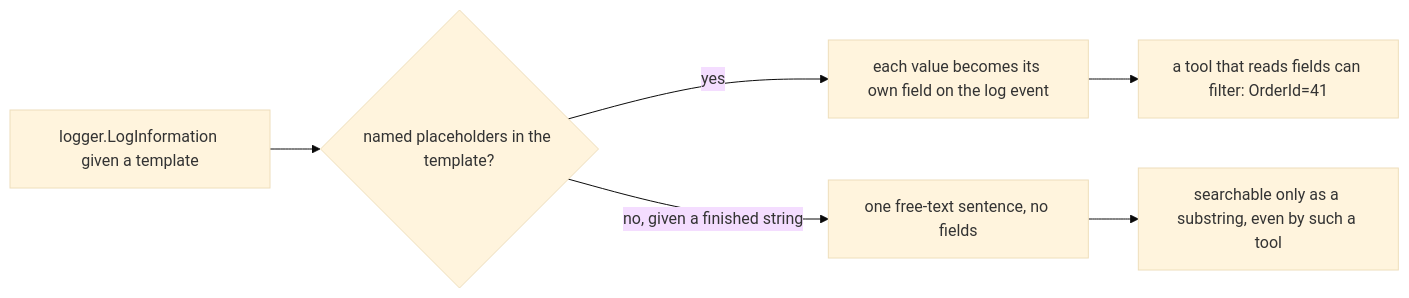
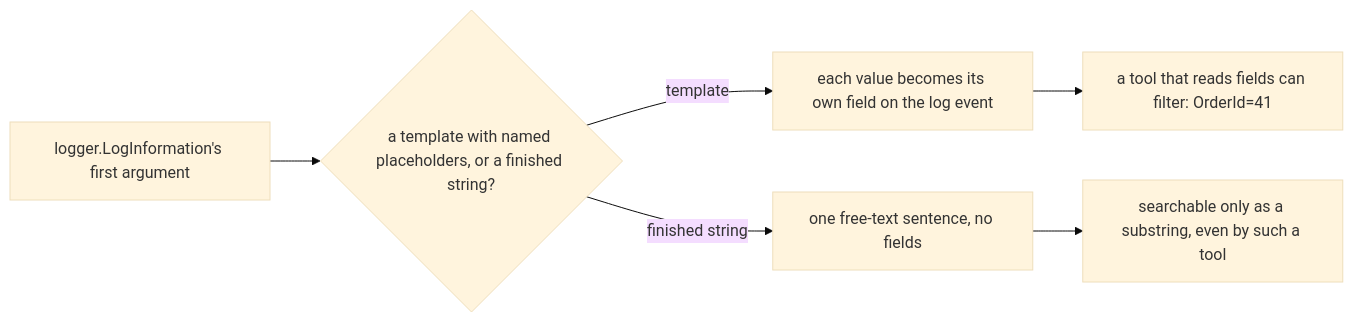
Before and after one commit to duyan11110/lo-trinh-architect: the diagram in content/tracks/backend/validation-errors-logging/backend.l1.structured-logging.en.md, drawn with Mermaid (base theme). The commit also changed other lines of this file and 4 other files, not shown here.

````diff
--- a/content/tracks/backend/validation-errors-logging/backend.l1.structured-logging.en.md
+++ b/content/tracks/backend/validation-errors-logging/backend.l1.structured-logging.en.md
@@ -41,8 +41,8 @@
 ```mermaid
 flowchart LR
-  A[logger.LogInformation given a template] --> B{named placeholders in the template?}
-  B -->|yes| C[each value becomes its own field on the log event]
+  A[logger.LogInformation's first argument] --> B{a template with named placeholders, or a finished string?}
+  B -->|template| C[each value becomes its own field on the log event]
   C --> D[a tool that reads fields can filter: OrderId=41]
-  B -->|no, given a finished string| E[one free-text sentence, no fields]
+  B -->|finished string| E[one free-text sentence, no fields]
   E --> F[searchable only as a substring, even by such a tool]
 ```
````
